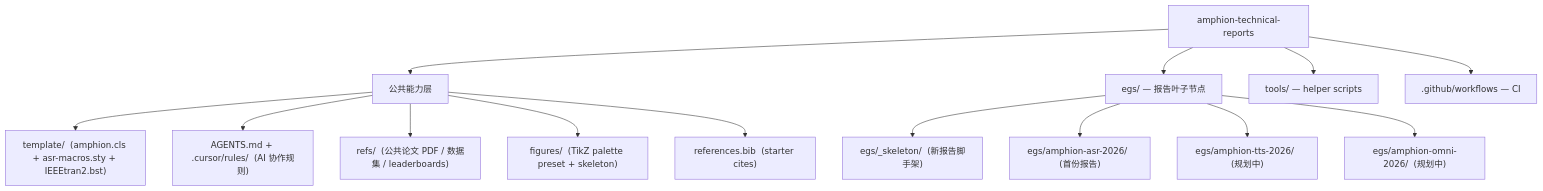
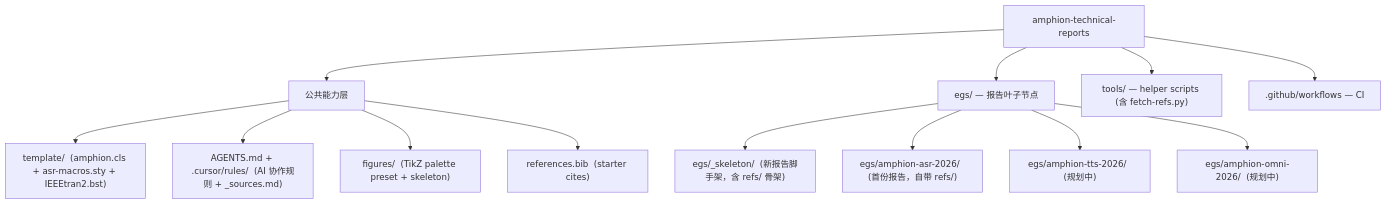
Before and after one commit to amphionspace/amphion-paperkit: the diagram in README.md, drawn with Mermaid. The commit also changed other lines of this file and 22 other files, not shown here.

First line of the commit message:
chore(common): collapse top-level refs/, extract _sources.md, add fetch-refs.py + schema

````diff
--- a/README.md
+++ b/README.md
@@ -5,19 +5,18 @@
 ```mermaid
 graph TD
     Root[amphion-technical-reports]
     Root --> Public["公共能力层"]
     Root --> Egs["egs/ — 报告叶子节点"]
-    Root --> Tools["tools/ — helper scripts"]
+    Root --> Tools["tools/ — helper scripts (含 fetch-refs.py)"]
     Root --> CI[".github/workflows — CI"]
 
     Public --> Template["template/  (amphion.cls + asr-macros.sty + IEEEtran2.bst)"]
-    Public --> Agents["AGENTS.md + .cursor/rules/  (AI 协作规则)"]
-    Public --> CommonRefs["refs/  (公共论文 PDF / 数据集 / leaderboards)"]
+    Public --> Agents["AGENTS.md + .cursor/rules/  (AI 协作规则 + _sources.md)"]
     Public --> Figures["figures/  (TikZ palette preset + skeleton)"]
     Public --> StarterBib["references.bib  (starter cites)"]
 
-    Egs --> Skeleton["egs/_skeleton/  (新报告脚手架)"]
-    Egs --> AsrReport["egs/amphion-asr-2026/  (首份报告)"]
+    Egs --> Skeleton["egs/_skeleton/  (新报告脚手架，含 refs/ 骨架)"]
+    Egs --> AsrReport["egs/amphion-asr-2026/  (首份报告，自带 refs/)"]
     Egs --> FutureA["egs/amphion-tts-2026/  (规划中)"]
     Egs --> FutureB["egs/amphion-omni-2026/  (规划中)"]
 ```
````
